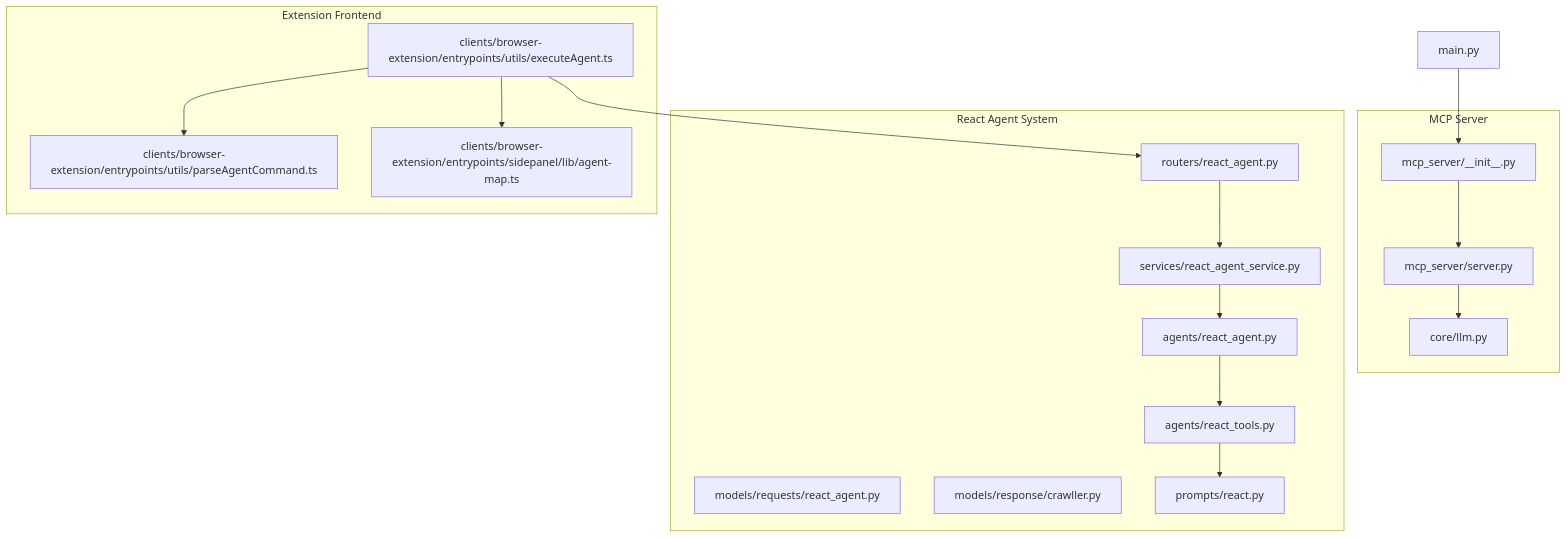
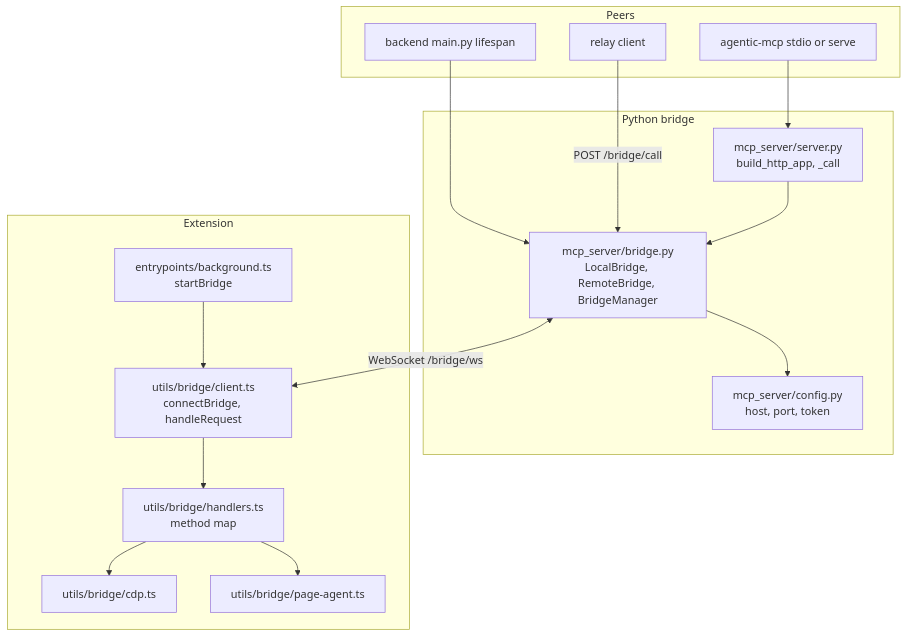
The first of 8 diagrams in src/data/docs/agentic-browser/System Architecture/MCP Protocol Implementation.md (tashifkhan/tashif.codes), drawn with Mermaid before and after one commit. The commit also changed other lines of this file and 114 other files, not shown here.

Commit message:
docs(agentic-browser): update docs in place and expand coverage

````diff
--- a/src/data/docs/agentic-browser/System Architecture/MCP Protocol Implementation.md
+++ b/src/data/docs/agentic-browser/System Architecture/MCP Protocol Implementation.md
@@ -9,33 +20,30 @@
 ```mermaid
 graph TB
-subgraph "MCP Server"
-MCPInit["mcp_server/__init__.py"]
-MCPServer["mcp_server/server.py"]
-LLMAgent["core/llm.py"]
-end
-subgraph "React Agent System"
-ReactAgent["agents/react_agent.py"]
-ReactTools["agents/react_tools.py"]
-ReactService["services/react_agent_service.py"]
-ReactRouter["routers/react_agent.py"]
-ReactReq["models/requests/react_agent.py"]
-ReactResp["models/response/crawller.py"]
-PromptReact["prompts/react.py"]
-end
-subgraph "Extension Frontend"
-ExecAgent["clients/browser-extension/entrypoints/utils/executeAgent.ts"]
-ParseCmd["clients/browser-extension/entrypoints/utils/parseAgentCommand.ts"]
-AgentMap["clients/browser-extension/entrypoints/sidepanel/lib/agent-map.ts"]
-end
-MainEntry["main.py"]
-MainEntry --> MCPInit
-MCPInit --> MCPServer
-MCPServer --> LLMAgent
-ExecAgent --> AgentMap
-ExecAgent --> ParseCmd
-ExecAgent --> ReactRouter
-ReactRouter --> ReactService
-ReactService --> ReactAgent
-ReactAgent --> ReactTools
-ReactTools --> PromptReact
+  subgraph Python["Python bridge"]
+    BR["mcp_server/bridge.py<br/>LocalBridge, RemoteBridge, BridgeManager"]
+    CFG["mcp_server/config.py<br/>host, port, token"]
+    SRV["mcp_server/server.py<br/>build_http_app, _call"]
+  end
+  subgraph Extension["Extension"]
+    BG["entrypoints/background.ts<br/>startBridge"]
+    CL["utils/bridge/client.ts<br/>connectBridge, handleRequest"]
+    HD["utils/bridge/handlers.ts<br/>method map"]
+    CDP["utils/bridge/cdp.ts"]
+    PA["utils/bridge/page-agent.ts"]
+  end
+  subgraph Peer["Peers"]
+    MCP["agentic-mcp stdio or serve"]
+    BACK["backend main.py lifespan"]
+    OTHER["relay client"]
+  end
+  MCP --> SRV
+  BACK --> BR
+  OTHER -->|"POST /bridge/call"| BR
+  SRV --> BR
+  BR --> CFG
+  BR <-->|"WebSocket /bridge/ws"| CL
+  BG --> CL
+  CL --> HD
+  HD --> CDP
+  HD --> PA
 ```
````
